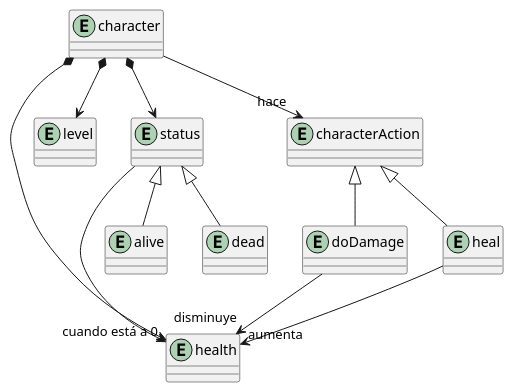
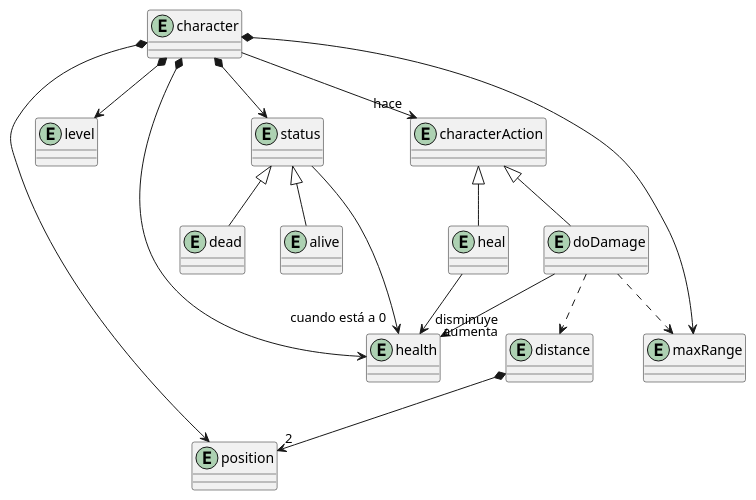
One commit to Gamedev-Crafters/rpg-kata changed the diagram in csharp/kata/design.puml. Above: the diagram before and after it, drawn with PlantUML. The commit also changed 2 other files, not shown here.

```diff
--- a/csharp/kata/design.puml
+++ b/csharp/kata/design.puml
@@ -1,31 +1,39 @@
 @startuml
 
 entity character
 entity health
 entity level
 entity alive
 entity dead
 entity status
+entity position
+entity maxRange
+entity distance
 
 entity characterAction
 entity doDamage
 entity heal
 
 character *--> health
 character *--> level
 character *--> status
+character *--> position
+character *--> maxRange
 
 status <|-- alive
 status <|-- dead
 
 character --> "hace" characterAction
 
 characterAction <|-- doDamage
 characterAction <|-- heal
 
 status --> "cuando está a 0" health
 
 doDamage --> "disminuye" health
 heal --> "aumenta" health
+doDamage ..> maxRange
+doDamage ..> distance
+distance *--> "2" position
 
 @enduml
```
